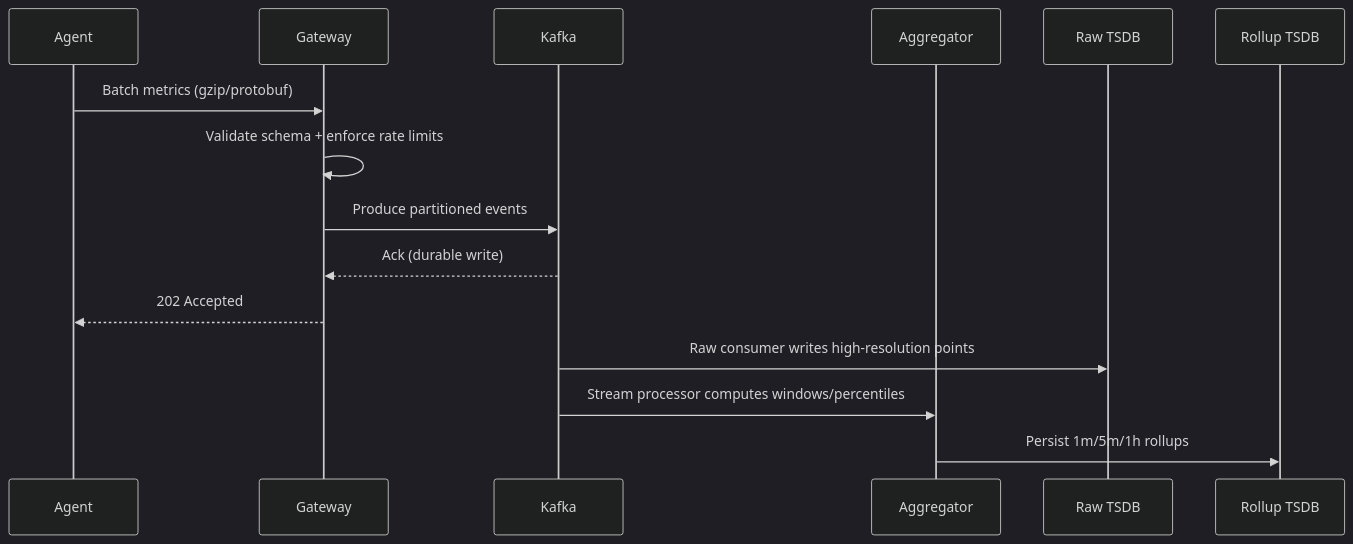
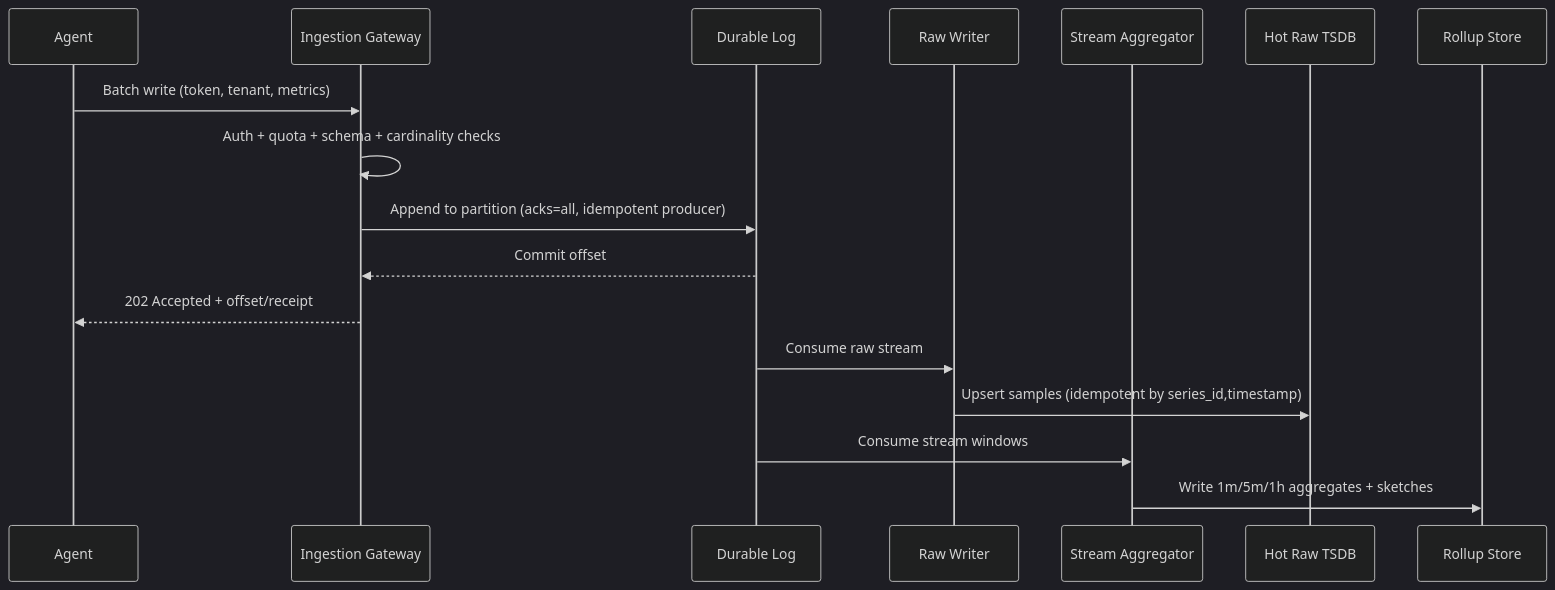
Before and after one commit to madmax983/system_design: the second of 3 diagrams in examples/question-1-distributed-metrics-logging-and-aggregation.md, drawn with Mermaid (dark theme). The commit also changed other lines of this file, not shown here.

Commit message:
Refine distributed metrics design doc to principal-level depth

````diff
--- a/examples/question-1-distributed-metrics-logging-and-aggregation.md
+++ b/examples/question-1-distributed-metrics-logging-and-aggregation.md
@@ -114,19 +171,22 @@
 ```mermaid
 sequenceDiagram
     participant Agent
-    participant Gateway
-    participant Kafka
-    participant Agg as Aggregator
-    participant Raw as Raw TSDB
-    participant Roll as Rollup TSDB
+    participant GW as Ingestion Gateway
+    participant Log as Durable Log
+    participant RW as Raw Writer
+    participant AGG as Stream Aggregator
+    participant TSDB as Hot Raw TSDB
+    participant RDB as Rollup Store
 
-    Agent->>Gateway: Batch metrics (gzip/protobuf)
-    Gateway->>Gateway: Validate schema + enforce rate limits
-    Gateway->>Kafka: Produce partitioned events
-    Kafka-->>Gateway: Ack (durable write)
-    Gateway-->>Agent: 202 Accepted
+    Agent->>GW: Batch write (token, tenant, metrics)
+    GW->>GW: Auth + quota + schema + cardinality checks
+    GW->>Log: Append to partition (acks=all, idempotent producer)
+    Log-->>GW: Commit offset
+    GW-->>Agent: 202 Accepted + offset/receipt
 
-    Kafka->>Raw: Raw consumer writes high-resolution points
-    Kafka->>Agg: Stream processor computes windows/percentiles
-    Agg->>Roll: Persist 1m/5m/1h rollups
+    Log->>RW: Consume raw stream
+    RW->>TSDB: Upsert samples (idempotent by series_id,timestamp)
+
+    Log->>AGG: Consume stream windows
+    AGG->>RDB: Write 1m/5m/1h aggregates + sketches
 ```
````
